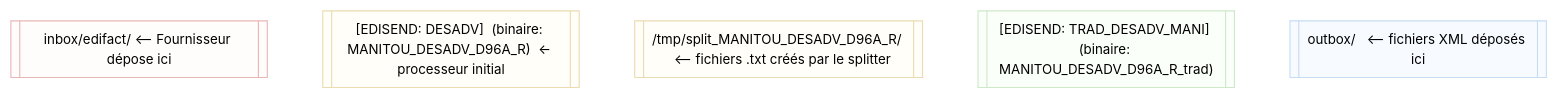
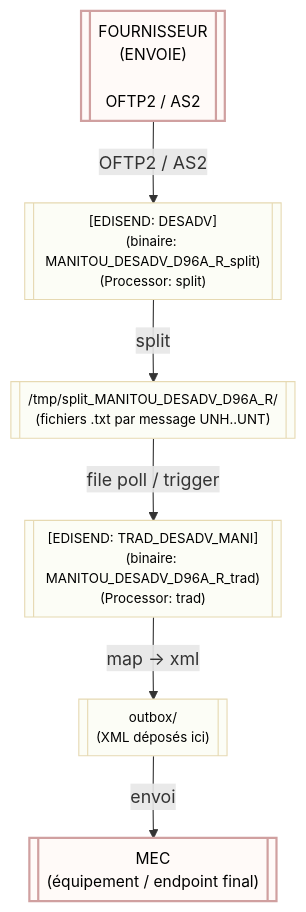
The diagram in README.md (HMaPredell/visuel), drawn with Mermaid before and after one commit. The commit also changed other lines of this file, not shown here.

````diff
--- a/README.md
+++ b/README.md
@@ -5,45 +14,19 @@
 ```mermaid
-flowchart LR
-  %% Paler pastel backgrounds, black text
-  classDef inboxStyle fill:#fffdfc,stroke:#e8b6b6,stroke-width:1px,color:#000;
-  classDef splitStyle fill:#fffef9,stroke:#eadbb0,stroke-width:1px,color:#000;
-  classDef tradStyle fill:#fbfff9,stroke:#cfe8c9,stroke-width:1px,color:#000;
-  classDef outStyle fill:#f7fbff,stroke:#c6dbf4,stroke-width:1px,color:#000;
-  classDef smallFont font-size:12px;
+flowchart TD
+  %% Large blocks, vertical layout
+  classDef bigBlock fill:#fffaf8,stroke:#d0a0a0,stroke-width:2px,color:#000,font-size:14px;
+  classDef stepBlock fill:#fcfdf6,stroke:#e6d9b2,stroke-width:1px,color:#000,font-size:12px;
 
-  %% Nodes (single class assignment per node to avoid parser issues)
-  inbox[["inbox/edifact/ <-- Fournisseur dépose ici"]]
-  class inbox inboxStyle
-  class inbox smallFont
+  FOURNISSEUR[["FOURNISSEUR\n(ENVOIE)\n\nOFTP2 / AS2"]]:::bigBlock
+  EDISEND_SPLIT[["[EDISEND: DESADV]\n(binaire: MANITOU_DESADV_D96A_R_split)\n(Processor: split)"]]:::stepBlock
+  SPLIT_DIR[["/tmp/split_MANITOU_DESADV_D96A_R/\n(fichiers .txt par message UNH..UNT)"]]:::stepBlock
+  EDISEND_TRAD[["[EDISEND: TRAD_DESADV_MANI]\n(binaire: MANITOU_DESADV_D96A_R_trad)\n(Processor: trad)"]]:::stepBlock
+  OUTBOX[["outbox/\n(XML déposés ici)"]]:::stepBlock
+  MEC[["MEC\n(équipement / endpoint final)"]]:::bigBlock
 
-  edisend_split[["[EDISEND: DESADV]  (binaire: MANITOU_DESADV_D96A_R)  <- processeur initial"]]
-  class edisend_split splitStyle
-  class edisend_split smallFont
-
-  split_dir[["/tmp/split_MANITOU_DESADV_D96A_R/   <-- fichiers .txt créés par le splitter"]]
-  class split_dir splitStyle
-  class split_dir smallFont
-
-  edisend_trad[["[EDISEND: TRAD_DESADV_MANI] (binaire: MANITOU_DESADV_D96A_R_trad)"]]
-  class edisend_trad tradStyle
-  class edisend_trad smallFont
-
-  outbox[["outbox/   <-- fichiers XML déposés ici"]]
-  class outbox outStyle
-  class outbox smallFont
-
-  %% Wider nodes to reduce clipping
-  style inbox width:560px
-  style edisend_split width:1100px
-  style split_dir width:1100px
-  style edisend_trad width:1100px
-  style outbox width:560px
-
-  %% White connectors (may be ignored by some renderers depending on theme)
-  linkStyle default stroke:#ffffff,stroke-width:2px
-
-  inbox --> edisend_split
-  edisend_split --> split_dir
-  split_dir --> edisend_trad
-  edisend_trad --> outbox
+  FOURNISSEUR -->|OFTP2 / AS2| EDISEND_SPLIT
+  EDISEND_SPLIT -->|split| SPLIT_DIR
+  SPLIT_DIR -->|file poll / trigger| EDISEND_TRAD
+  EDISEND_TRAD -->|map → xml| OUTBOX
+  OUTBOX -->|envoi| MEC
 ```
````
